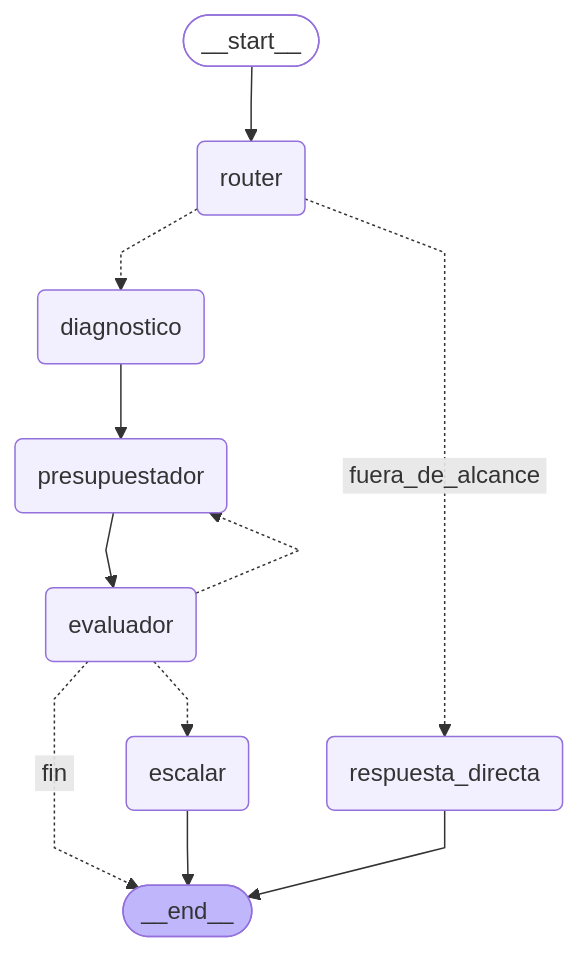
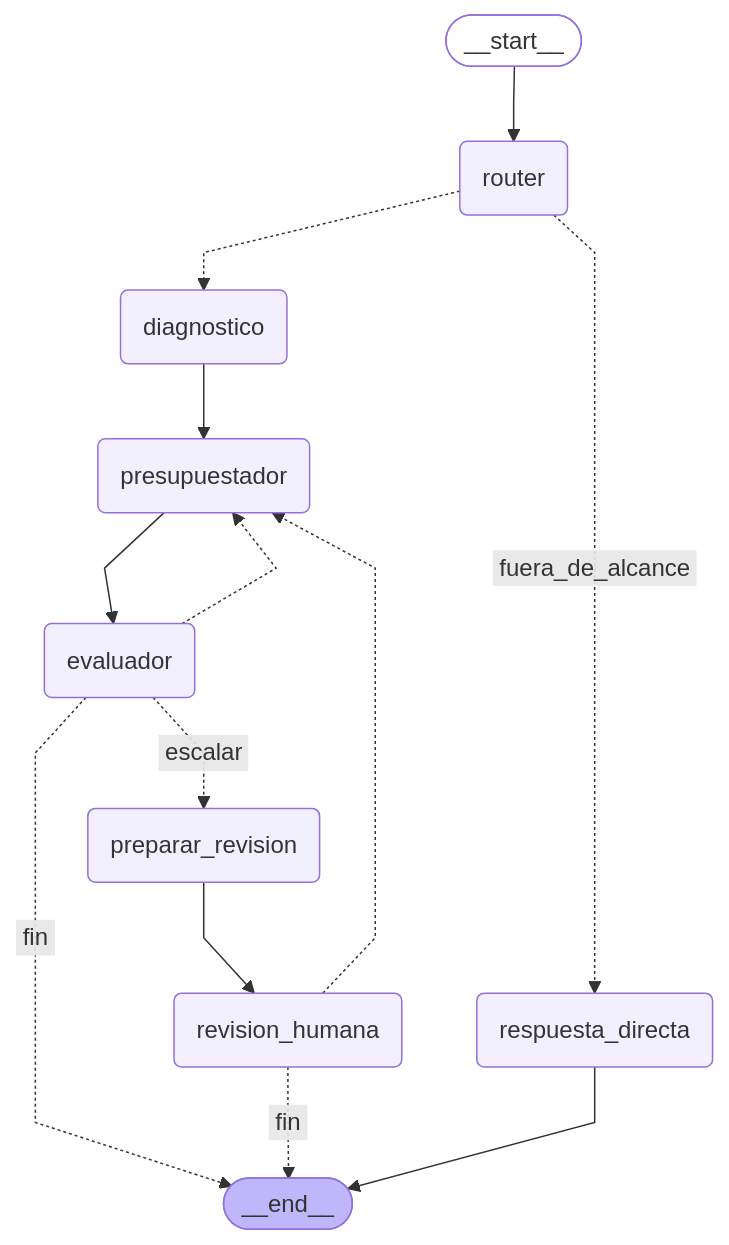
One commit to Seropeto/toxiro-taller-langgraph changed the diagram in docs/grafo.mmd. Above: the diagram before and after it, drawn with Mermaid. The commit also changed 27 other files, not shown here.

```diff
--- a/docs/grafo.mmd
+++ b/docs/grafo.mmd
@@ -1,27 +1,30 @@
 ---
 config:
   flowchart:
     curve: linear
 ---
 graph TD;
 	__start__([<p>__start__</p>]):::first
 	router(router)
 	diagnostico(diagnostico)
 	presupuestador(presupuestador)
 	evaluador(evaluador)
-	escalar(escalar)
+	preparar_revision(preparar_revision)
+	revision_humana(revision_humana)
 	respuesta_directa(respuesta_directa)
 	__end__([<p>__end__</p>]):::last
 	__start__ --> router;
 	diagnostico --> presupuestador;
 	evaluador -. &nbsp;fin&nbsp; .-> __end__;
-	evaluador -.-> escalar;
+	evaluador -. &nbsp;escalar&nbsp; .-> preparar_revision;
 	evaluador -.-> presupuestador;
+	preparar_revision --> revision_humana;
 	presupuestador --> evaluador;
+	revision_humana -. &nbsp;fin&nbsp; .-> __end__;
+	revision_humana -.-> presupuestador;
 	router -.-> diagnostico;
 	router -. &nbsp;fuera_de_alcance&nbsp; .-> respuesta_directa;
-	escalar --> __end__;
 	respuesta_directa --> __end__;
 	classDef default fill:#f2f0ff,line-height:1.2
 	classDef first fill-opacity:0
 	classDef last fill:#bfb6fc
```
